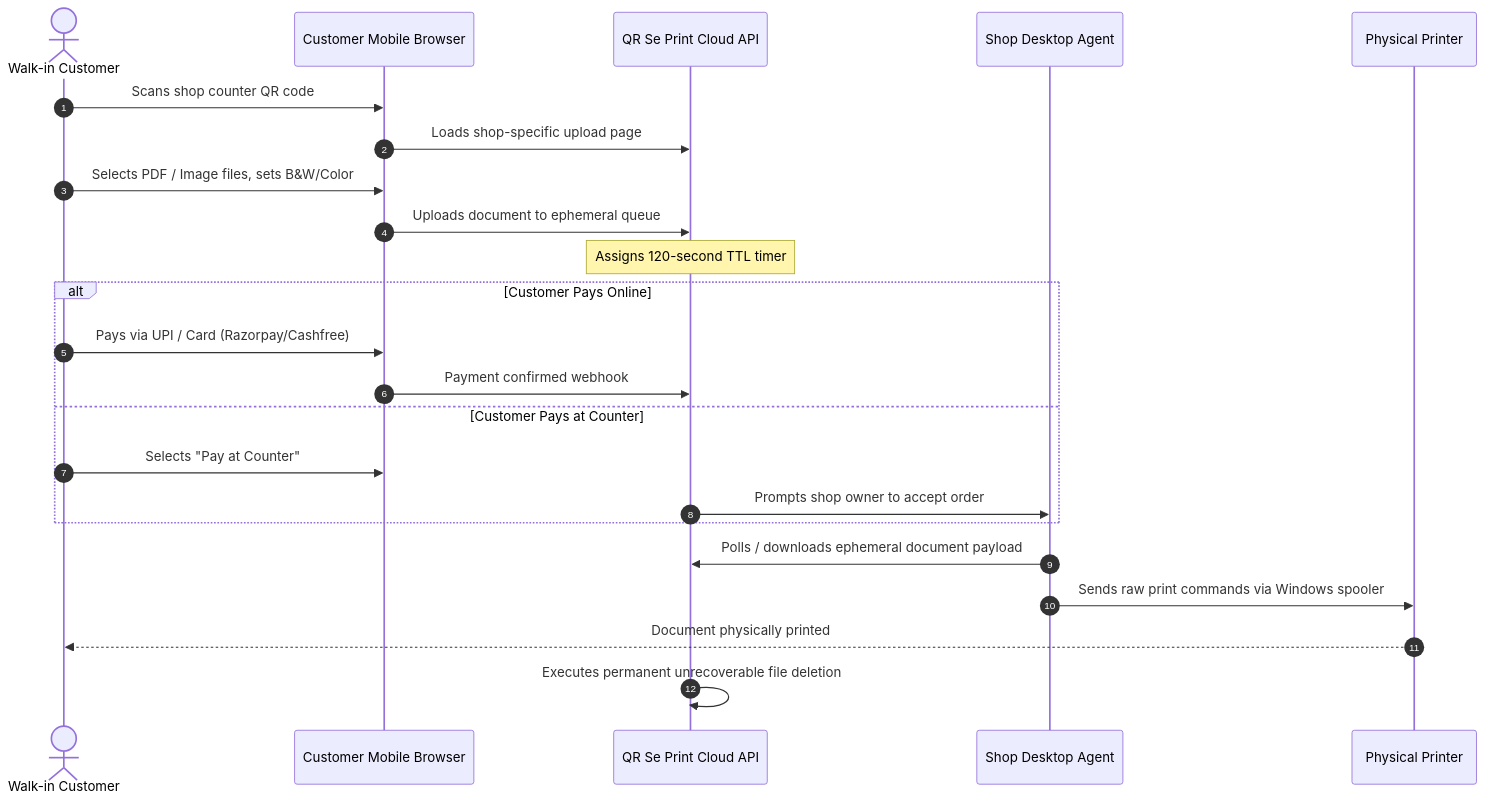
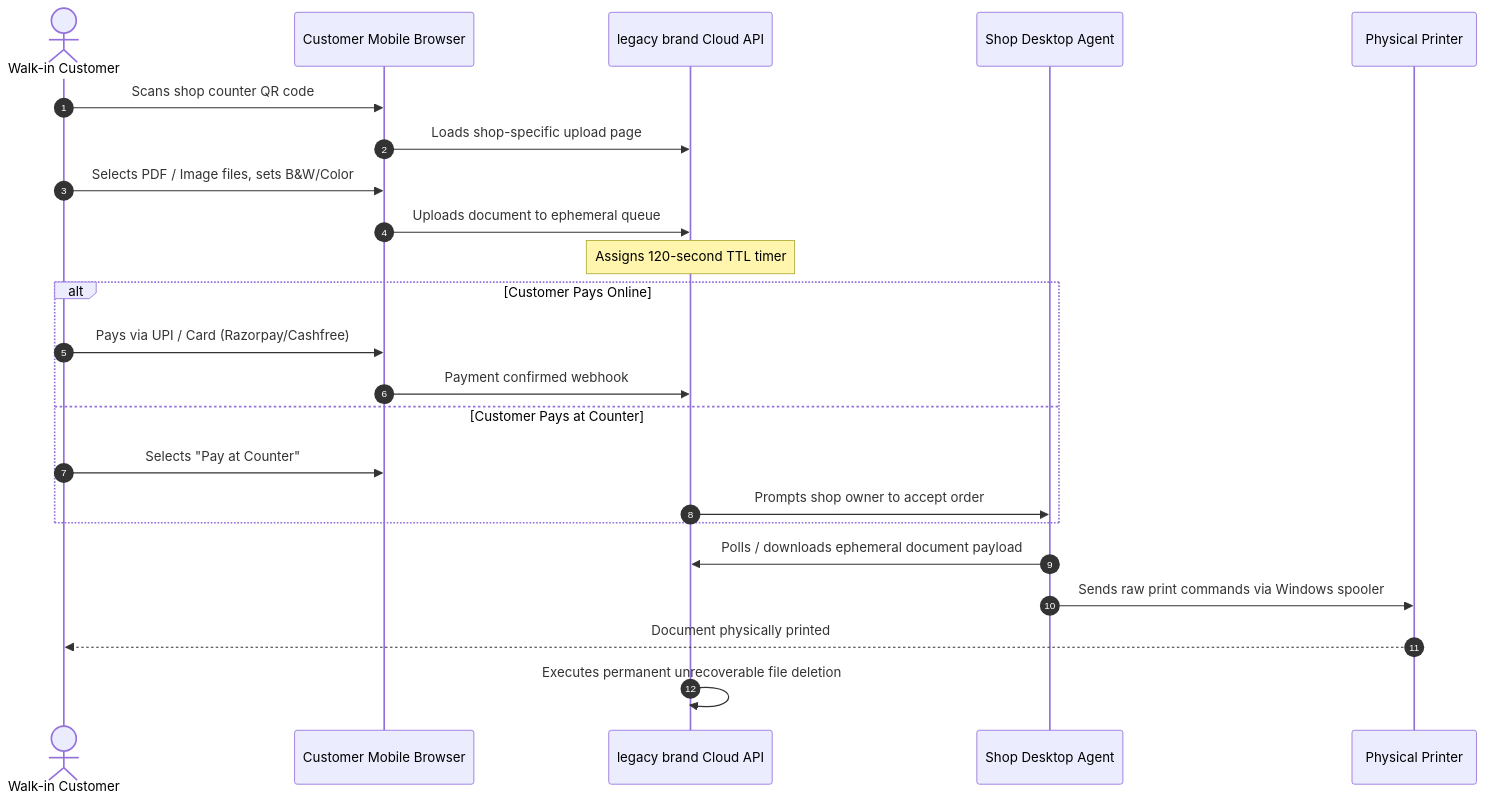
The fourth of 5 diagrams in project-audit/10-architecture-and-diagrams.md (DigitalStudioseba/qrbd), drawn with Mermaid before and after one commit. The commit also changed other lines of this file and 81 other files, not shown here.

````diff
--- a/project-audit/10-architecture-and-diagrams.md
+++ b/project-audit/10-architecture-and-diagrams.md
@@ -140,28 +140,28 @@
 ```mermaid
 sequenceDiagram
     autonumber
     actor Customer as Walk-in Customer
     participant MobileWeb as Customer Mobile Browser
-    participant Cloud as QR Se Print Cloud API
+    participant Cloud as legacy brand Cloud API
     participant Desktop as Shop Desktop Agent
     participant Printer as Physical Printer
 
     Customer->>MobileWeb: Scans shop counter QR code
     MobileWeb->>Cloud: Loads shop-specific upload page
     Customer->>MobileWeb: Selects PDF / Image files, sets B&W/Color
     MobileWeb->>Cloud: Uploads document to ephemeral queue
     Note over Cloud: Assigns 120-second TTL timer
 
     alt Customer Pays Online
         Customer->>MobileWeb: Pays via UPI / Card (Razorpay/Cashfree)
         MobileWeb->>Cloud: Payment confirmed webhook
     else Customer Pays at Counter
         Customer->>MobileWeb: Selects "Pay at Counter"
         Cloud->>Desktop: Prompts shop owner to accept order
     end
 
     Desktop->>Cloud: Polls / downloads ephemeral document payload
     Desktop->>Printer: Sends raw print commands via Windows spooler
     Printer-->>Customer: Document physically printed
     Cloud->>Cloud: Executes permanent unrecoverable file deletion
 ```
````
